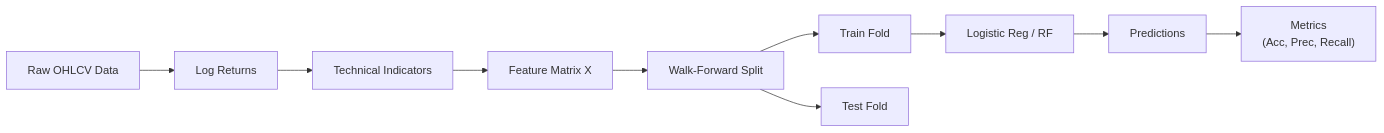
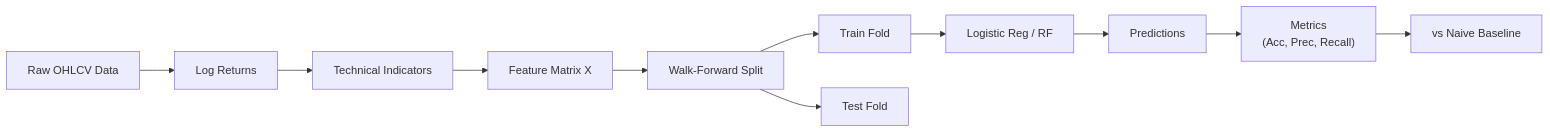
One commit to Rudyy75/Market-Oracle changed the second of 5 diagrams in Phases.md. Above: the diagram before and after it, drawn with Mermaid. The commit also changed other lines of this file, not shown here.

````diff
--- a/Phases.md
+++ b/Phases.md
@@ -101,12 +149,13 @@
 ```mermaid
 flowchart LR
     A["Raw OHLCV Data"] --> B["Log Returns"]
     B --> C["Technical Indicators"]
     C --> D["Feature Matrix X"]
     D --> E["Walk-Forward Split"]
     E --> F["Train Fold"]
     E --> G["Test Fold"]
     F --> H["Logistic Reg / RF"]
     H --> I["Predictions"]
     I --> J["Metrics<br>(Acc, Prec, Recall)"]
+    J --> K["vs Naive Baseline"]
 ```
````
